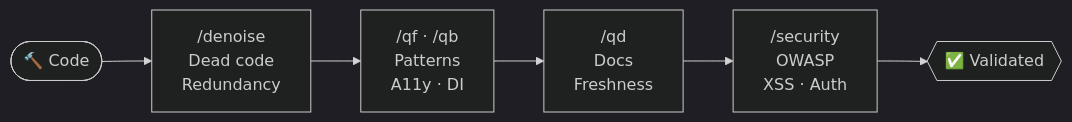
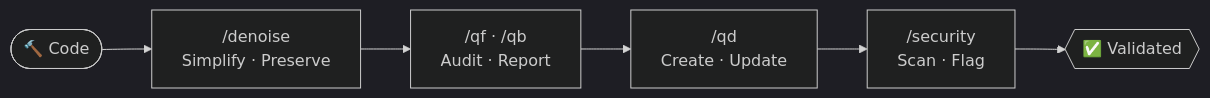
Before and after one commit to skillsets-cc/main: the eighth of 8 diagrams in skillsets/@supercollectible/Valence/content/README.md, drawn with Mermaid. The commit also changed other lines of this file and 1 other file, not shown here.

````diff
--- a/skillsets/@supercollectible/Valence/content/README.md
+++ b/skillsets/@supercollectible/Valence/content/README.md
@@ -213,10 +222,10 @@
 ```mermaid
 %%{init: {'theme': 'dark'}}%%
 flowchart LR
     code(["🔨 Code"])
-    code --> dn["/denoise\nDead code\nRedundancy"]
-    dn --> qa["/qf · /qb\nPatterns\nA11y · DI"]
-    qa --> docs["/qd\nDocs\nFreshness"]
-    docs --> sec["/security\nOWASP\nXSS · Auth"]
+    code --> dn["/denoise<br/>Simplify · Preserve"]
+    dn --> qa["/qf · /qb<br/>Audit · Report"]
+    qa --> docs["/qd<br/>Create · Update"]
+    docs --> sec["/security<br/>Scan · Flag"]
     sec --> valid{{"✅ Validated"}}
 ```
````
